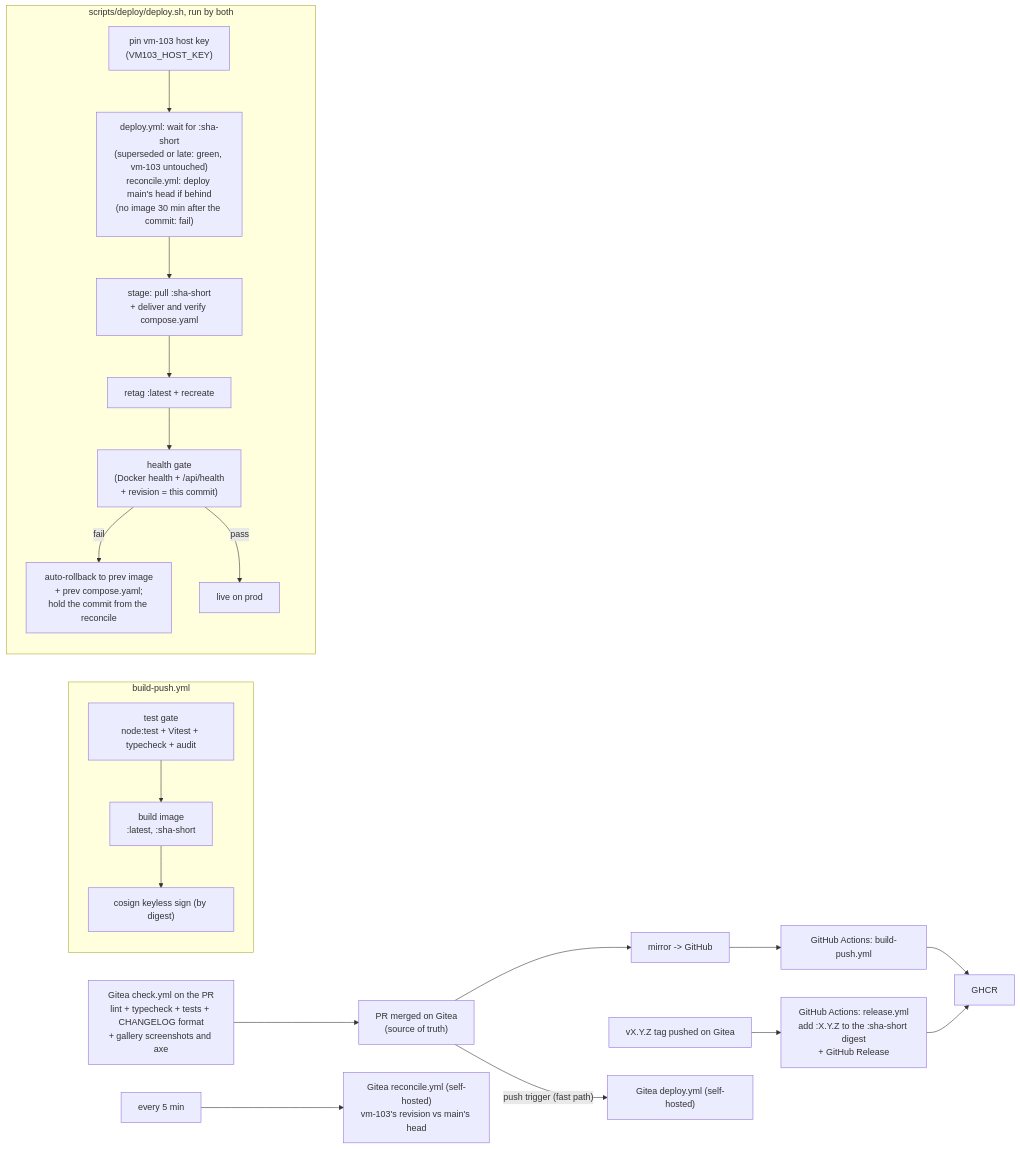
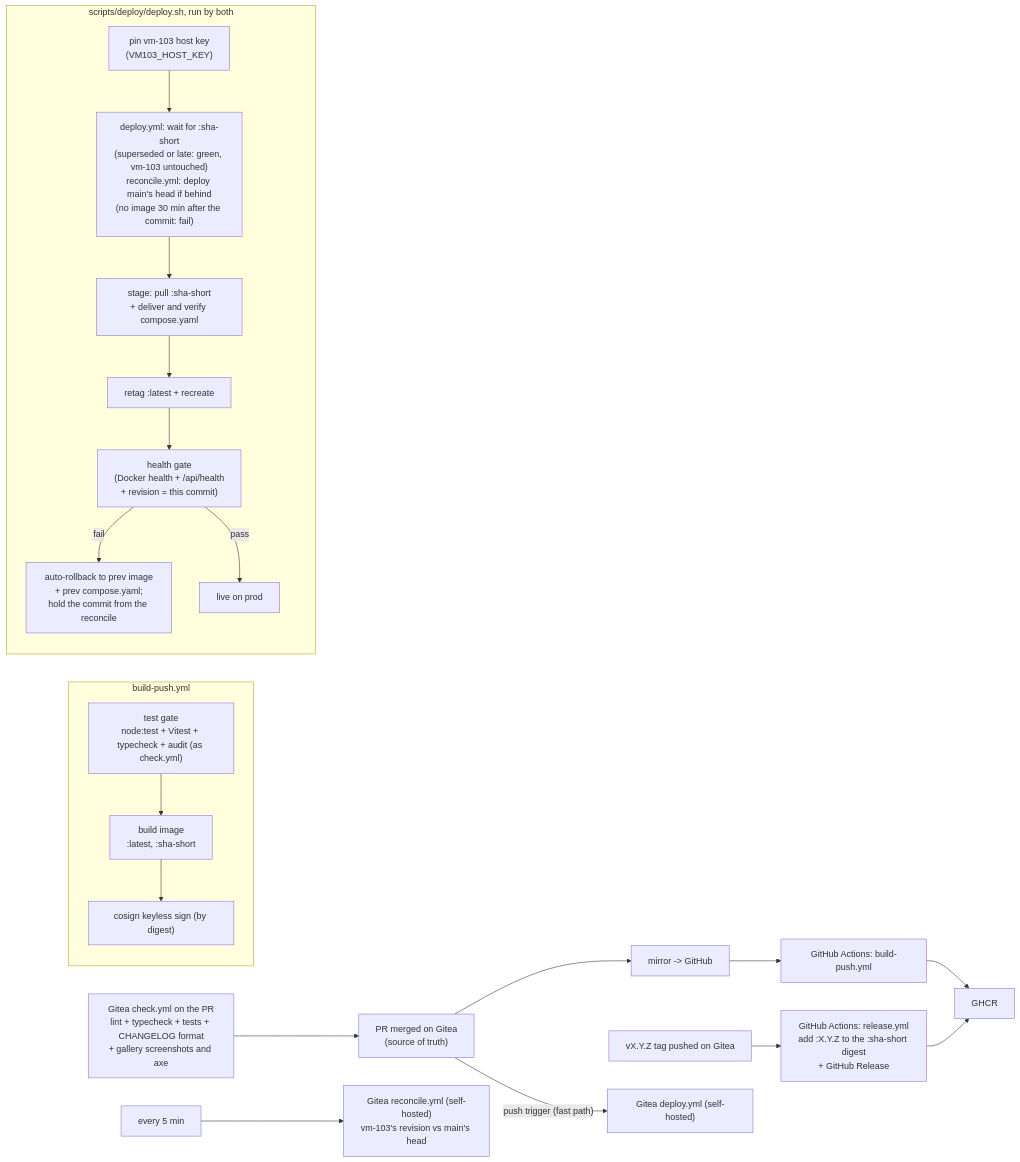
The fifth of 5 diagrams in docs/ARCHITECTURE.md (jagbhandal/jaghelm), drawn with Mermaid before and after one commit. The commit also changed other lines of this file and 3 other files, not shown here.

First line of the commit message:
ci: PR checks run the same dependency audit as main's image build (#616)

````diff
--- a/docs/ARCHITECTURE.md
+++ b/docs/ARCHITECTURE.md
@@ -4434,23 +4434,23 @@
 ```mermaid
 flowchart LR
   CHK["Gitea check.yml on the PR<br/>lint + typecheck + tests + CHANGELOG format<br/>+ gallery screenshots and axe"] --> PR
   PR["PR merged on Gitea<br/>(source of truth)"] --> MIRROR["mirror -> GitHub"]
   MIRROR --> GH["GitHub Actions: build-push.yml"]
   subgraph GH2["build-push.yml"]
-    T["test gate<br/>node:test + Vitest + typecheck + audit"] --> B["build image<br/>:latest, :sha-short"]
+    T["test gate<br/>node:test + Vitest + typecheck + audit (as check.yml)"] --> B["build image<br/>:latest, :sha-short"]
     B --> S["cosign keyless sign (by digest)"]
   end
   GH --> GHCR["GHCR"]
   TAG["vX.Y.Z tag pushed on Gitea"] --> REL["GitHub Actions: release.yml<br/>add :X.Y.Z to the :sha-short digest<br/>+ GitHub Release"]
   REL --> GHCR
   PR -->|"push trigger (fast path)"| DEP["Gitea deploy.yml (self-hosted)"]
   CRON["every 5 min"] --> REC["Gitea reconcile.yml (self-hosted)<br/>vm-103's revision vs main's head"]
   subgraph DEP2["scripts/deploy/deploy.sh, run by both"]
     KEY["pin vm-103 host key<br/>(VM103_HOST_KEY)"] --> WAIT["deploy.yml: wait for :sha-short<br/>(superseded or late: green, vm-103 untouched)<br/>reconcile.yml: deploy main's head if behind<br/>(no image 30 min after the commit: fail)"]
     WAIT --> STAGE["stage: pull :sha-short<br/>+ deliver and verify compose.yaml"]
     STAGE --> SWITCH["retag :latest + recreate"]
     SWITCH --> GATE["health gate<br/>(Docker health + /api/health<br/>+ revision = this commit)"]
     GATE -->|"fail"| RB["auto-rollback to prev image<br/>+ prev compose.yaml;<br/>hold the commit from the reconcile"]
     GATE -->|"pass"| LIVE["live on prod"]
   end
 ```
````
